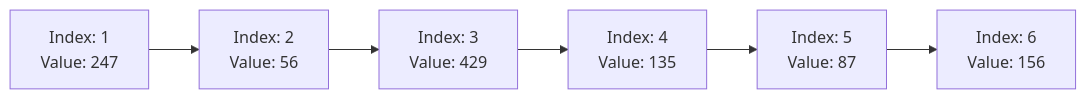
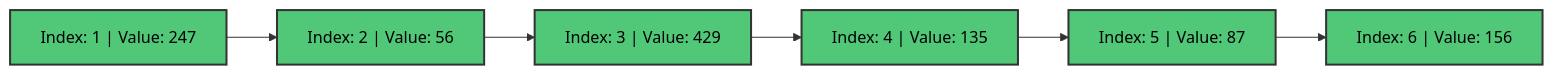
One commit to M-F-Tushar/CSE-2101-Data-Structure changed the second of 15 diagrams in Chapter 4 - Arrays, Records and Pointers/README.md. Above: the diagram before and after it, drawn with Mermaid. The commit also changed other lines of this file, not shown here.

````diff
--- a/Chapter 4 - Arrays, Records and Pointers/README.md
+++ b/Chapter 4 - Arrays, Records and Pointers/README.md
@@ -120,8 +81,15 @@
 ```mermaid
 graph LR
-    A[Index: 1<br/>Value: 247] --> B[Index: 2<br/>Value: 56]
-    B --> C[Index: 3<br/>Value: 429]
-    C --> D[Index: 4<br/>Value: 135]
-    D --> E[Index: 5<br/>Value: 87]
-    E --> F[Index: 6<br/>Value: 156]
+    A["Index: 1 | Value: 247"] --> B["Index: 2 | Value: 56"]
+    B --> C["Index: 3 | Value: 429"]
+    C --> D["Index: 4 | Value: 135"]
+    D --> E["Index: 5 | Value: 87"]
+    E --> F["Index: 6 | Value: 156"]
+    
+    style A fill:#50C878,stroke:#333,stroke-width:2px,color:#000
+    style B fill:#50C878,stroke:#333,stroke-width:2px,color:#000
+    style C fill:#50C878,stroke:#333,stroke-width:2px,color:#000
+    style D fill:#50C878,stroke:#333,stroke-width:2px,color:#000
+    style E fill:#50C878,stroke:#333,stroke-width:2px,color:#000
+    style F fill:#50C878,stroke:#333,stroke-width:2px,color:#000
 ```
````
